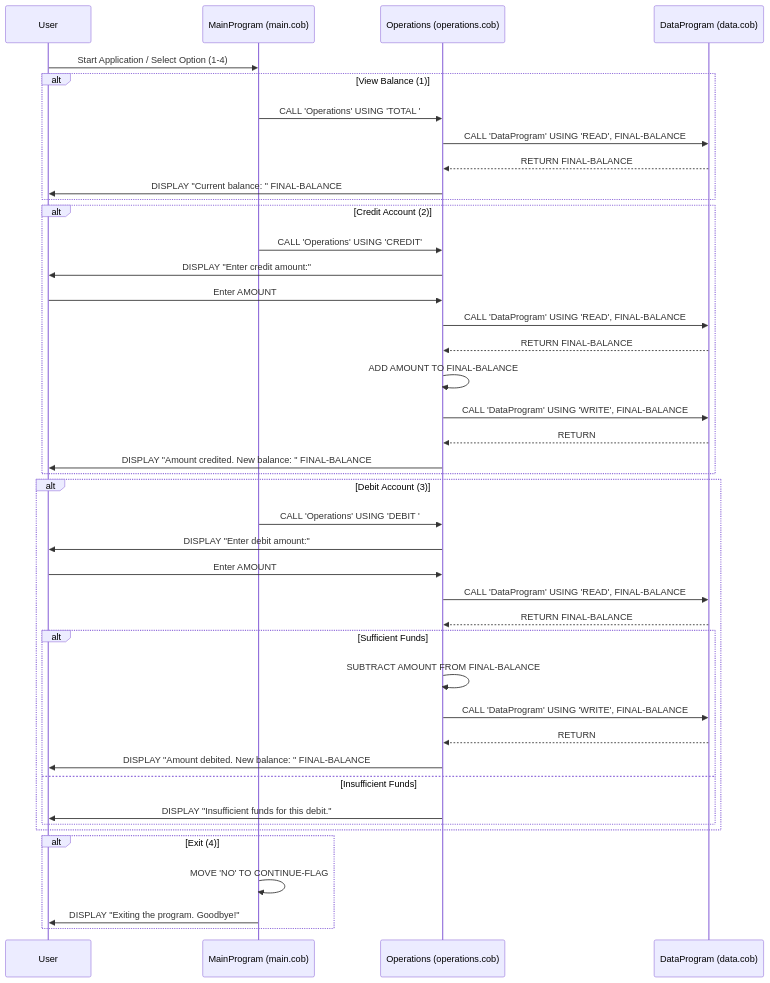
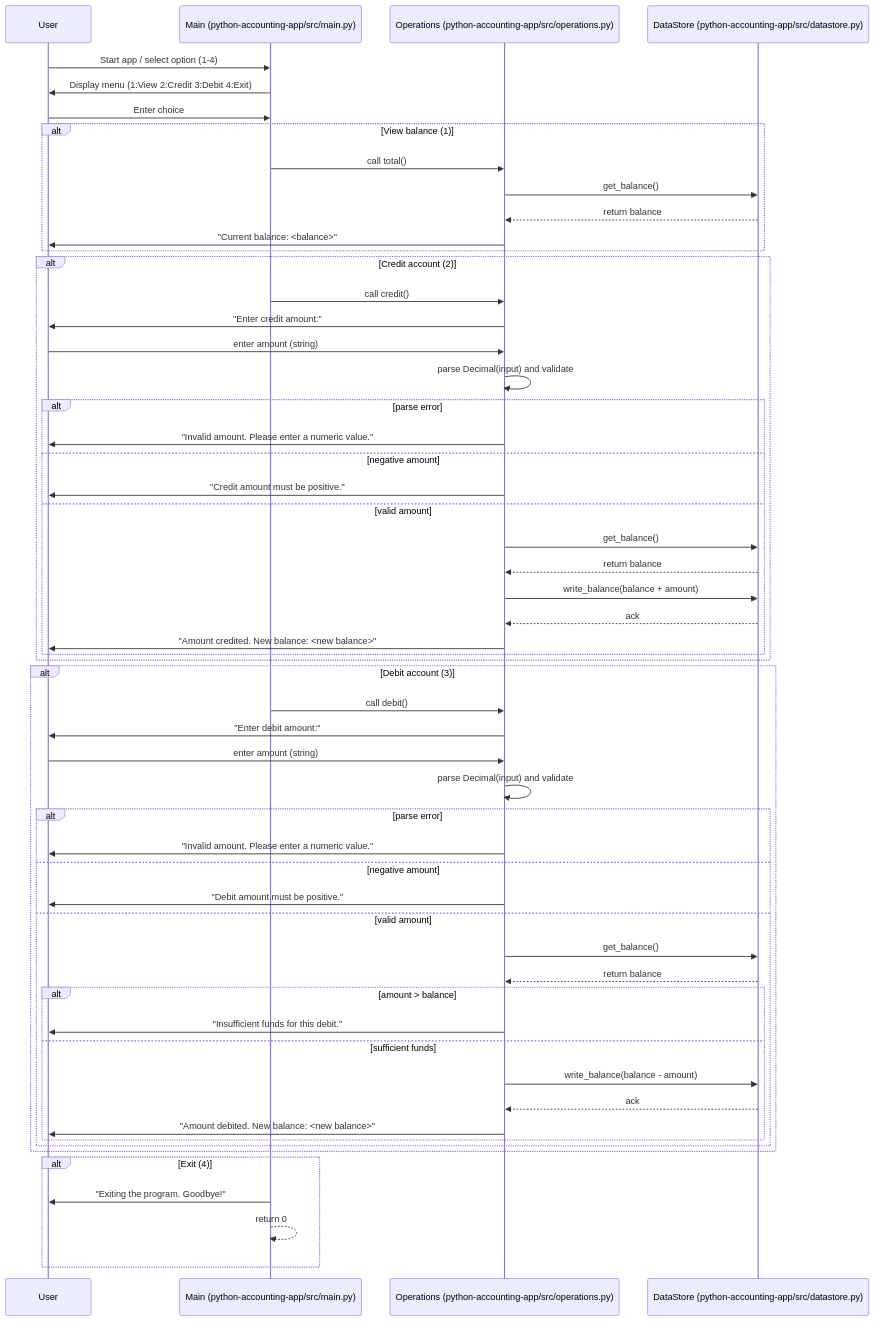
Before and after one commit to Fylga/legacy_code-bootstrap: the diagram in DIAGRAM.md, drawn with Mermaid. The commit also changed 2 other files, not shown here.

Commit message:
feat: added architecture in DIAGRAM.md

````diff
--- a/DIAGRAM.md
+++ b/DIAGRAM.md
@@ -1,48 +1,63 @@
 ```mermaid
 sequenceDiagram
     participant User
-    participant MainProgram as MainProgram (main.cob)
-    participant Operations as Operations (operations.cob)
-    participant DataProgram as DataProgram (data.cob)
+    participant Main as Main (python-accounting-app/src/main.py)
+    participant Ops as Operations (python-accounting-app/src/operations.py)
+    participant Store as DataStore (python-accounting-app/src/datastore.py)
 
-    User->>MainProgram: Start Application / Select Option (1-4)
-    alt View Balance (1)
-        MainProgram->>Operations: CALL 'Operations' USING 'TOTAL '
-        Operations->>DataProgram: CALL 'DataProgram' USING 'READ', FINAL-BALANCE
-        DataProgram-->>Operations: RETURN FINAL-BALANCE
-        Operations->>User: DISPLAY "Current balance: " FINAL-BALANCE
+    User->>Main: Start app / select option (1-4)
+    Main->>User: Display menu (1:View 2:Credit 3:Debit 4:Exit)
+    User->>Main: Enter choice
+
+    alt View balance (1)
+        Main->>Ops: call total()
+        Ops->>Store: get_balance()
+        Store-->>Ops: return balance
+        Ops->>User: "Current balance: <balance>"
     end
 
-    alt Credit Account (2)
-        MainProgram->>Operations: CALL 'Operations' USING 'CREDIT'
-        Operations->>User: DISPLAY "Enter credit amount:"
-        User->>Operations: Enter AMOUNT
-        Operations->>DataProgram: CALL 'DataProgram' USING 'READ', FINAL-BALANCE
-        DataProgram-->>Operations: RETURN FINAL-BALANCE
-        Operations->>Operations: ADD AMOUNT TO FINAL-BALANCE
-        Operations->>DataProgram: CALL 'DataProgram' USING 'WRITE', FINAL-BALANCE
-        DataProgram-->>Operations: RETURN
-        Operations->>User: DISPLAY "Amount credited. New balance: " FINAL-BALANCE
+    alt Credit account (2)
+        Main->>Ops: call credit()
+        Ops->>User: "Enter credit amount:"
+        User->>Ops: enter amount (string)
+        Ops->>Ops: parse Decimal(input) and validate
+        alt parse error
+            Ops->>User: "Invalid amount. Please enter a numeric value."
+        else negative amount
+            Ops->>User: "Credit amount must be positive."
+        else valid amount
+            Ops->>Store: get_balance()
+            Store-->>Ops: return balance
+            Ops->>Store: write_balance(balance + amount)
+            Store-->>Ops: ack
+            Ops->>User: "Amount credited. New balance: <new balance>"
+        end
     end
 
-    alt Debit Account (3)
-        MainProgram->>Operations: CALL 'Operations' USING 'DEBIT '
-        Operations->>User: DISPLAY "Enter debit amount:"
-        User->>Operations: Enter AMOUNT
-        Operations->>DataProgram: CALL 'DataProgram' USING 'READ', FINAL-BALANCE
-        DataProgram-->>Operations: RETURN FINAL-BALANCE
-        alt Sufficient Funds
-            Operations->>Operations: SUBTRACT AMOUNT FROM FINAL-BALANCE
-            Operations->>DataProgram: CALL 'DataProgram' USING 'WRITE', FINAL-BALANCE
-            DataProgram-->>Operations: RETURN
-            Operations->>User: DISPLAY "Amount debited. New balance: " FINAL-BALANCE
-        else Insufficient Funds
-            Operations->>User: DISPLAY "Insufficient funds for this debit."
+    alt Debit account (3)
+        Main->>Ops: call debit()
+        Ops->>User: "Enter debit amount:"
+        User->>Ops: enter amount (string)
+        Ops->>Ops: parse Decimal(input) and validate
+        alt parse error
+            Ops->>User: "Invalid amount. Please enter a numeric value."
+        else negative amount
+            Ops->>User: "Debit amount must be positive."
+        else valid amount
+            Ops->>Store: get_balance()
+            Store-->>Ops: return balance
+            alt amount > balance
+                Ops->>User: "Insufficient funds for this debit."
+            else sufficient funds
+                Ops->>Store: write_balance(balance - amount)
+                Store-->>Ops: ack
+                Ops->>User: "Amount debited. New balance: <new balance>"
+            end
         end
     end
 
     alt Exit (4)
-        MainProgram->>MainProgram: MOVE 'NO' TO CONTINUE-FLAG
-        MainProgram->>User: DISPLAY "Exiting the program. Goodbye!"
+        Main->>User: "Exiting the program. Goodbye!"
+        Main-->>Main: return 0
     end
 ```
````
